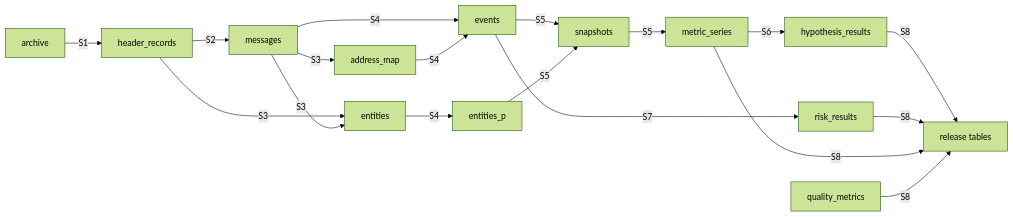
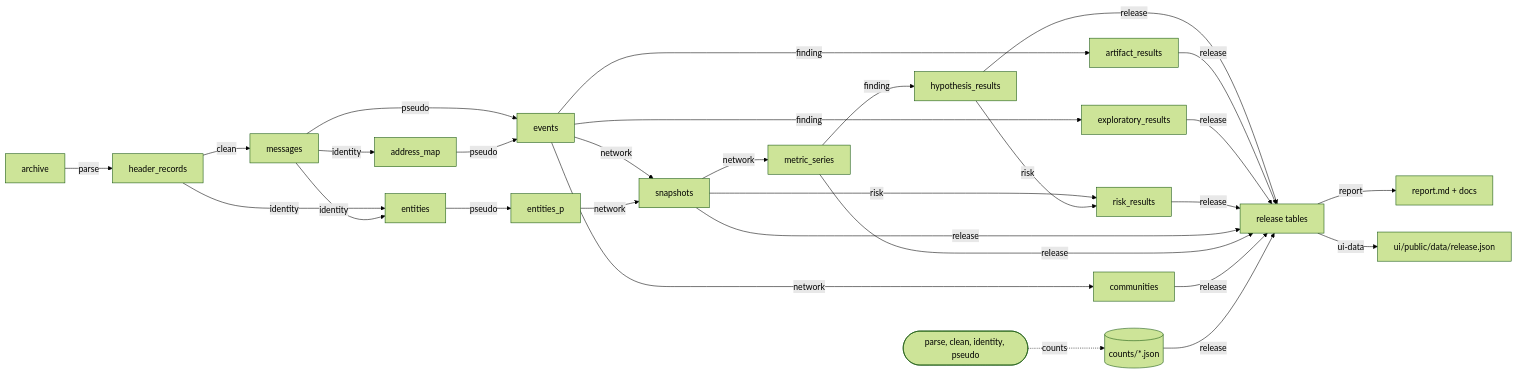
One commit to marcusvieira88/network-science changed the diagram in specs/001-enron-network-analysis/contracts/data-contracts.md. Above: the diagram before and after it, drawn with Mermaid (forest theme). The commit also changed other lines of this file and 2 other files, not shown here.

First line of the commit message:
Docs as built: contracts 1.4, header allowlist as enforced, data model

````diff
--- a/specs/001-enron-network-analysis/contracts/data-contracts.md
+++ b/specs/001-enron-network-analysis/contracts/data-contracts.md
@@ -18,20 +34,24 @@
 ```mermaid
 flowchart LR
-    AR[archive] -->|S1| HR[header_records]
-    HR -->|S2| MS[messages]
-    HR -->|S3| EN[entities]
-    MS -->|S3| EN
-    MS -->|S3| AM[address_map]
-    MS -->|S4| EV[events]
-    EN -->|S4| EP[entities_p]
-    AM -->|S4| EV
-    EV -->|S5| SN[snapshots]
-    EP -->|S5| SN
-    SN -->|S5| MT[metric_series]
-    MT -->|S6| HY[hypothesis_results]
-    EV -->|S7| RK[risk_results]
-    HY -->|S8| RL[release tables]
-    RK -->|S8| RL
-    MT -->|S8| RL
-    QM[quality_metrics] -->|S8| RL
+    AR[archive] -->|parse| HR[header_records]
+    HR -->|clean| MS[messages]
+    HR -->|identity| EN[entities]
+    MS -->|identity| EN
+    MS -->|identity| AM[address_map]
+    MS -->|pseudo| EV[events]
+    EN -->|pseudo| EP[entities_p]
+    AM -->|pseudo| EV
+    EV -->|network| SN[snapshots]
+    EP -->|network| SN
+    SN -->|network| MT[metric_series]
+    EV -->|network| CO[communities]
+    MT -->|finding| HY[hypothesis_results]
+    EV -->|finding| AF[artifact_results]
+    EV -->|finding| EX[exploratory_results]
+    SN -->|risk| RK[risk_results]
+    HY -->|risk| RK
+    PS([parse, clean, identity, pseudo]) -.->|counts| CT[(counts/*.json)]
+    HY & AF & EX & RK & SN & MT & CO & CT -->|release| RL[release tables]
+    RL -->|report| RP[report.md + docs]
+    RL -->|ui-data| UJ[ui/public/data/release.json]
 ```
````
